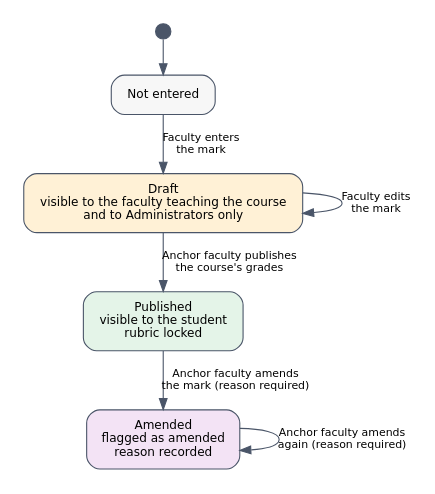
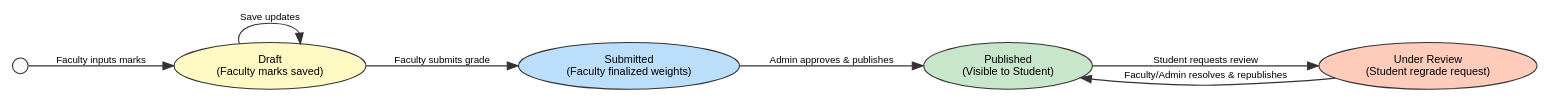
Before and after one commit to MYSTICnova734/SE_MINI_PROJECT: the diagram in docs/srs/diagrams/state-grade-lifecycle.dot, drawn with Graphviz. The commit also changed 37 other files, not shown here.

```diff
--- a/docs/srs/diagrams/state-grade-lifecycle.dot
+++ b/docs/srs/diagrams/state-grade-lifecycle.dot
@@ -1,25 +1,18 @@
-// Source for docs/srs/markdown/images/state-grade-lifecycle.png
-// Regenerate (from docs/srs/diagrams/) with:
-//   dot -Tpng -Gdpi=200 state-grade-lifecycle.dot -o ../markdown/images/state-grade-lifecycle.png
-digraph grade_lifecycle {
-  rankdir=TB;
-  nodesep=0.5; ranksep=0.45;
-  graph [fontname="DejaVu Sans", fontsize=11, pad=0.2];
-  node  [shape=box, style="rounded,filled", fillcolor="#ffffff", color="#4a5568",
-         fontname="DejaVu Sans", fontsize=11, margin="0.2,0.12"];
-  edge  [fontname="DejaVu Sans", fontsize=10, color="#4a5568"];
+digraph GradeLifecycle {
+    rankdir=LR;
+    node [shape=ellipse, fontname="Helvetica", fontsize=10, style="filled", fillcolor="#F8F9FA", color="#333333"];
+    edge [fontname="Helvetica", fontsize=9, color="#333333"];
 
-  start [shape=circle, style=filled, fillcolor="#4a5568", label="", width=0.2, height=0.2];
+    Start [shape=point, width=0.2];
+    Draft [label="Draft\n(Faculty marks saved)", fillcolor="#FFF9C4"];
+    Submitted [label="Submitted\n(Faculty finalized weights)", fillcolor="#BBDEFB"];
+    Published [label="Published\n(Visible to Student)", fillcolor="#C8E6C9"];
+    UnderReview [label="Under Review\n(Student regrade request)", fillcolor="#FFCCBC"];
 
-  none      [label="Not entered", fillcolor="#f7f7f7"];
-  draft     [label="Draft\nvisible to the faculty teaching the course\nand to Administrators only", fillcolor="#fff1d6"];
-  published [label="Published\nvisible to the student\nrubric locked", fillcolor="#e4f4e8"];
-  amended   [label="Amended\nflagged as amended\nreason recorded", fillcolor="#f3e3f5"];
-
-  start     -> none;
-  none      -> draft     [label="Faculty enters\nthe mark"];
-  draft     -> draft     [label="Faculty edits\nthe mark"];
-  draft     -> published [label="Anchor faculty publishes\nthe course's grades"];
-  published -> amended   [label="Anchor faculty amends\nthe mark (reason required)"];
-  amended   -> amended   [label="Anchor faculty amends\nagain (reason required)"];
+    Start -> Draft [label=" Faculty inputs marks"];
+    Draft -> Draft [label=" Save updates"];
+    Draft -> Submitted [label=" Faculty submits grade"];
+    Submitted -> Published [label=" Admin approves & publishes"];
+    Published -> UnderReview [label=" Student requests review"];
+    UnderReview -> Published [label=" Faculty/Admin resolves & republishes"];
 }
```
